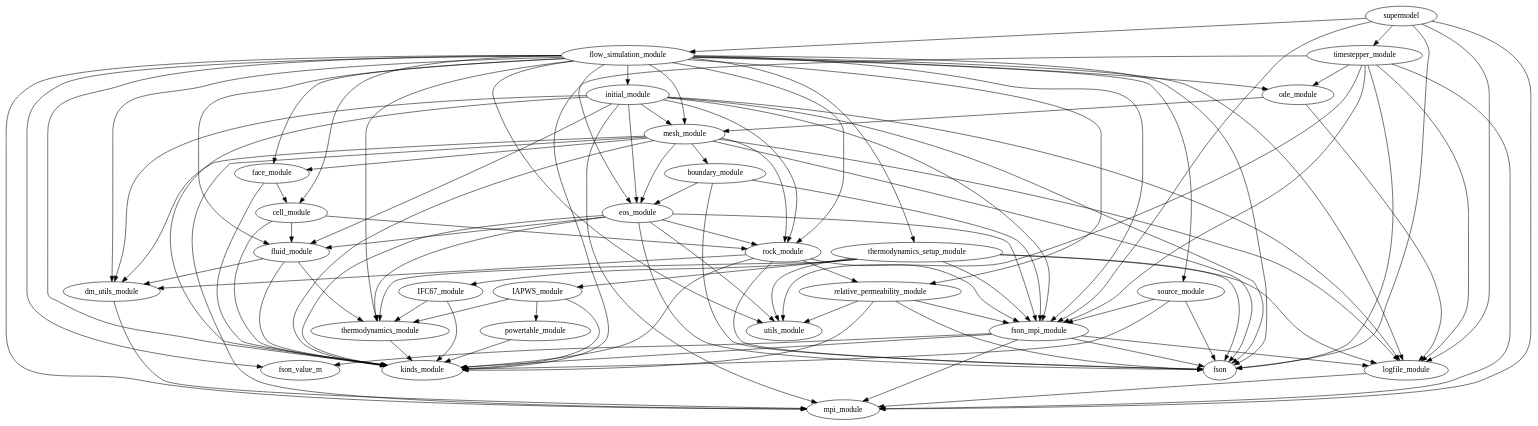
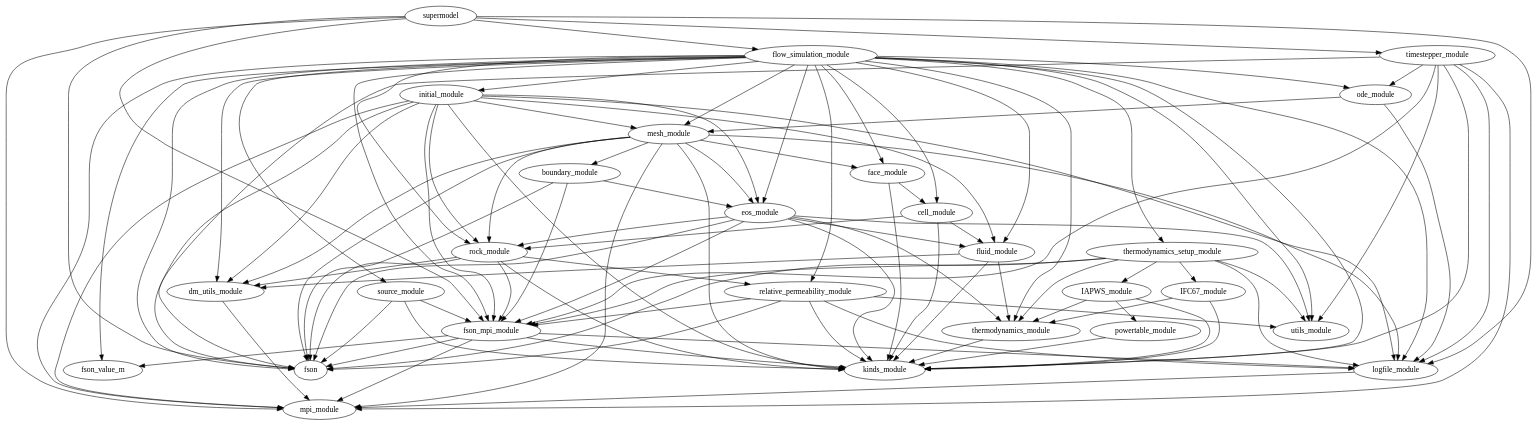
Before and after one commit to waiwera/waiwera: the diagram in doc/depends.dot, drawn with Graphviz. The commit also changed 3 other files, not shown here.

Commit message:
Added log messages for defaults in relative permeability input

```diff
--- a/doc/depends.dot
+++ b/doc/depends.dot
@@ -1,107 +1,108 @@
 digraph supermodel{
         fluid_module -> dm_utils_module
         fluid_module -> kinds_module
         fluid_module -> thermodynamics_module
         eos_module -> fluid_module
         eos_module -> fson
         eos_module -> fson_mpi_module
         eos_module -> kinds_module
         eos_module -> rock_module
         eos_module -> thermodynamics_module
         eos_module -> utils_module
         rock_module -> dm_utils_module
         rock_module -> fson
         rock_module -> fson_mpi_module
         rock_module -> kinds_module
         rock_module -> relative_permeability_module
         powertable_module -> kinds_module
         ode_module -> logfile_module
         ode_module -> mesh_module
         dm_utils_module -> mpi_module
         cell_module -> fluid_module
         cell_module -> kinds_module
         cell_module -> rock_module
         boundary_module -> eos_module
         boundary_module -> fson
         boundary_module -> fson_mpi_module
         flow_simulation_module -> cell_module
         flow_simulation_module -> dm_utils_module
         flow_simulation_module -> eos_module
         flow_simulation_module -> face_module
         flow_simulation_module -> fluid_module
         flow_simulation_module -> fson
         flow_simulation_module -> fson_mpi_module
         flow_simulation_module -> fson_value_m
         flow_simulation_module -> initial_module
         flow_simulation_module -> kinds_module
         flow_simulation_module -> logfile_module
         flow_simulation_module -> mesh_module
         flow_simulation_module -> mpi_module
         flow_simulation_module -> ode_module
         flow_simulation_module -> relative_permeability_module
         flow_simulation_module -> rock_module
         flow_simulation_module -> source_module
         flow_simulation_module -> thermodynamics_module
         flow_simulation_module -> thermodynamics_setup_module
         flow_simulation_module -> utils_module
         thermodynamics_module -> kinds_module
         face_module -> cell_module
         face_module -> kinds_module
         initial_module -> dm_utils_module
         initial_module -> eos_module
         initial_module -> fluid_module
         initial_module -> fson
         initial_module -> fson_mpi_module
         initial_module -> kinds_module
         initial_module -> logfile_module
         initial_module -> mesh_module
         initial_module -> mpi_module
         initial_module -> rock_module
         mesh_module -> boundary_module
         mesh_module -> dm_utils_module
         mesh_module -> eos_module
         mesh_module -> face_module
         mesh_module -> fson
         mesh_module -> kinds_module
         mesh_module -> logfile_module
         mesh_module -> mpi_module
         mesh_module -> rock_module
         fson_mpi_module -> fson
         fson_mpi_module -> fson_value_m
         fson_mpi_module -> kinds_module
         fson_mpi_module -> logfile_module
         fson_mpi_module -> mpi_module
         IFC67_module -> kinds_module
         IFC67_module -> thermodynamics_module
         supermodel -> flow_simulation_module
         supermodel -> fson
         supermodel -> fson_mpi_module
         supermodel -> logfile_module
         supermodel -> mpi_module
         supermodel -> timestepper_module
         source_module -> fson
         source_module -> fson_mpi_module
         source_module -> kinds_module
         IAPWS_module -> kinds_module
         IAPWS_module -> powertable_module
         IAPWS_module -> thermodynamics_module
         thermodynamics_setup_module -> IAPWS_module
         thermodynamics_setup_module -> IFC67_module
         thermodynamics_setup_module -> fson
         thermodynamics_setup_module -> fson_mpi_module
         thermodynamics_setup_module -> logfile_module
         thermodynamics_setup_module -> thermodynamics_module
         thermodynamics_setup_module -> utils_module
         timestepper_module -> fson
         timestepper_module -> fson_mpi_module
         timestepper_module -> kinds_module
         timestepper_module -> logfile_module
         timestepper_module -> mpi_module
         timestepper_module -> ode_module
         timestepper_module -> utils_module
         logfile_module -> mpi_module
         relative_permeability_module -> fson
         relative_permeability_module -> fson_mpi_module
         relative_permeability_module -> kinds_module
+        relative_permeability_module -> logfile_module
         relative_permeability_module -> utils_module
 }
```
